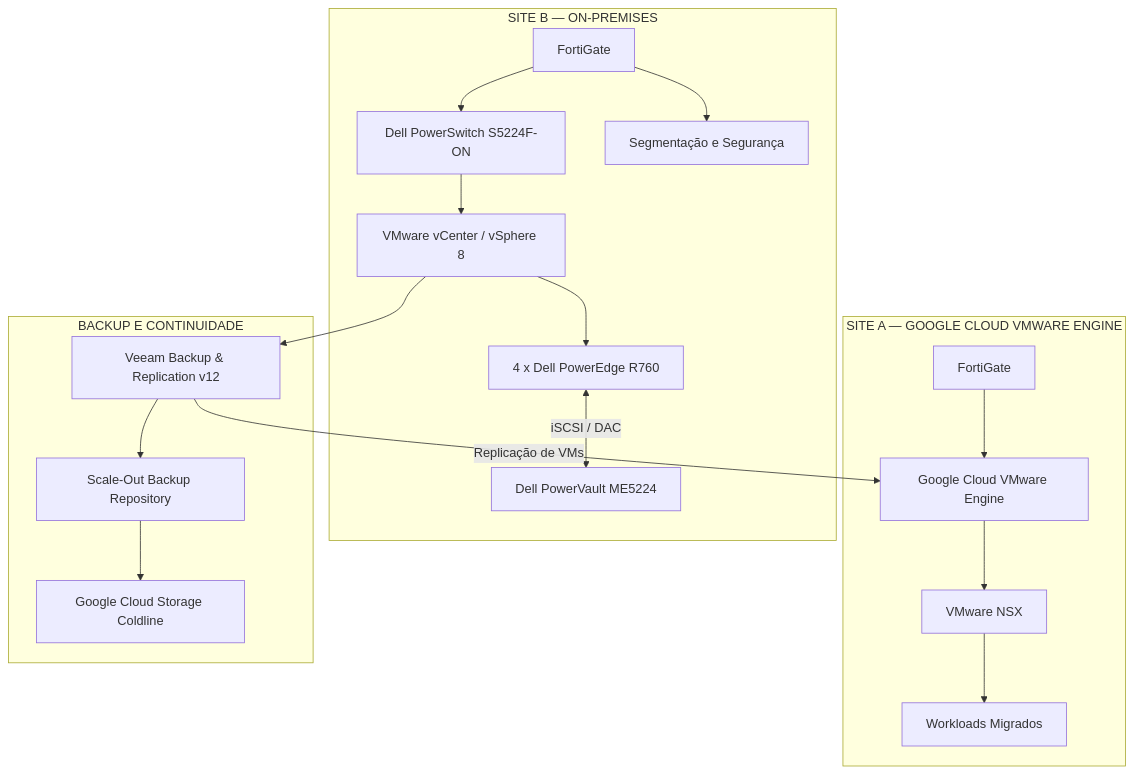
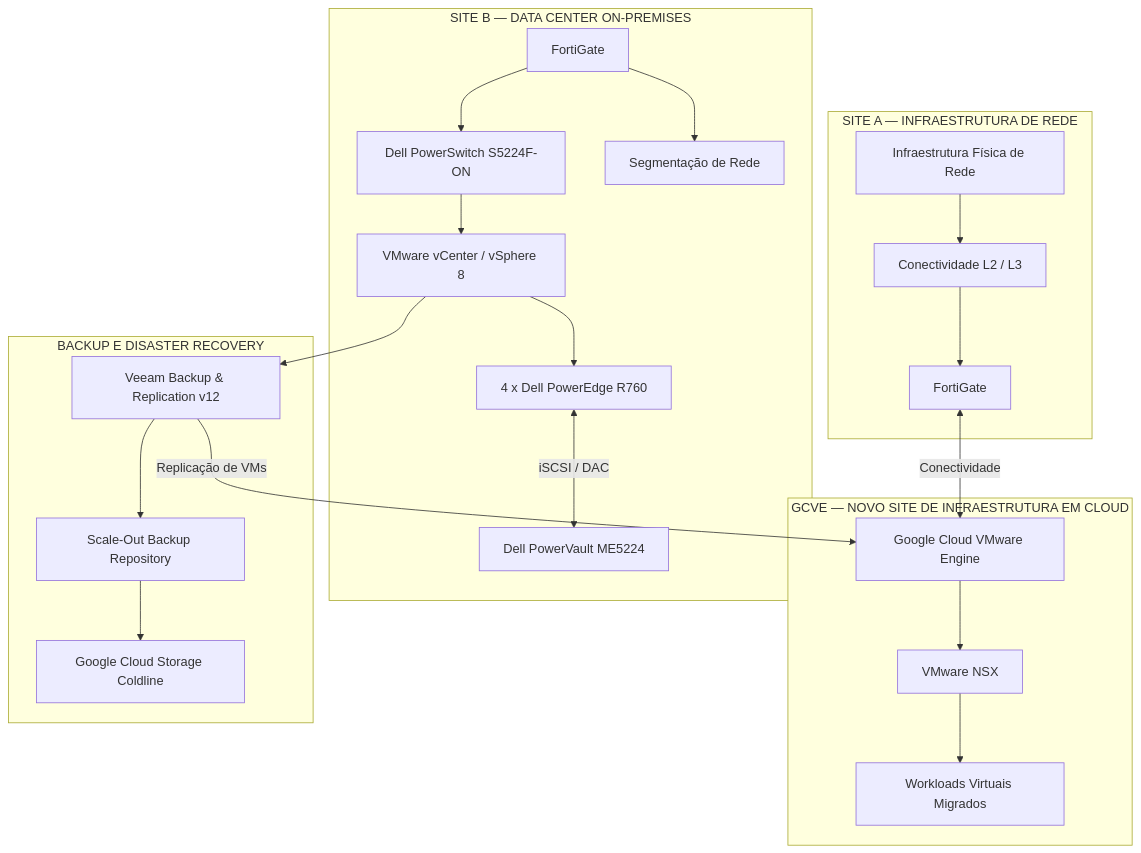
One commit to CarloshZeferino/datacenter-modernization-private-cloud-migration changed the diagram in README.pt-br.md. Above: the diagram before and after it, drawn with Mermaid. The commit also changed other lines of this file, not shown here.

````diff
--- a/README.pt-br.md
+++ b/README.pt-br.md
@@ -57,39 +79,48 @@
 ```mermaid
 flowchart TB
-    subgraph SITEA["SITE A — GOOGLE CLOUD VMWARE ENGINE"]
-        GCFW["FortiGate"]
-        GCVE["Google Cloud VMware Engine"]
-        NSX["VMware NSX"]
-        VMA["Workloads Migrados"]
 
-        GCFW --> GCVE
-        GCVE --> NSX
-        NSX --> VMA
+    subgraph SITEA["SITE A — INFRAESTRUTURA DE REDE"]
+        A_NET["Infraestrutura Física de Rede"]
+        A_L2L3["Conectividade L2 / L3"]
+        A_FW["FortiGate"]
+
+        A_NET --> A_L2L3
+        A_L2L3 --> A_FW
     end
 
-    subgraph SITEB["SITE B — ON-PREMISES"]
-        FW["FortiGate"]
-        SW["Dell PowerSwitch S5224F-ON"]
-        VC["VMware vCenter / vSphere 8"]
-        ESX["4 x Dell PowerEdge R760"]
-        ST["Dell PowerVault ME5224"]
-        SEG["Segmentação e Segurança"]
+    subgraph GCVE["GCVE — NOVO SITE DE INFRAESTRUTURA EM CLOUD"]
+        G_VMWARE["Google Cloud VMware Engine"]
+        G_NSX["VMware NSX"]
+        G_VMS["Workloads Virtuais Migrados"]
 
-        FW --> SW
-        SW --> VC
-        VC --> ESX
-        ESX <-->|iSCSI / DAC| ST
-        FW --> SEG
+        G_VMWARE --> G_NSX
+        G_NSX --> G_VMS
     end
 
-    subgraph BACKUP["BACKUP E CONTINUIDADE"]
+    subgraph SITEB["SITE B — DATA CENTER ON-PREMISES"]
+        B_FW["FortiGate"]
+        B_SW["Dell PowerSwitch S5224F-ON"]
+        B_VC["VMware vCenter / vSphere 8"]
+        B_ESX["4 x Dell PowerEdge R760"]
+        B_ST["Dell PowerVault ME5224"]
+        B_SEG["Segmentação de Rede"]
+
+        B_FW --> B_SW
+        B_SW --> B_VC
+        B_VC --> B_ESX
+        B_ESX <-->|iSCSI / DAC| B_ST
+        B_FW --> B_SEG
+    end
+
+    subgraph BACKUP["BACKUP E DISASTER RECOVERY"]
         VEEAM["Veeam Backup & Replication v12"]
         SOBR["Scale-Out Backup Repository"]
         GCS["Google Cloud Storage Coldline"]
     end
 
-    VC --> VEEAM
+    A_FW <-->|Conectividade| G_VMWARE
+    B_VC --> VEEAM
     VEEAM --> SOBR
     SOBR --> GCS
-    VEEAM -->|"Replicação de VMs"| GCVE
+    VEEAM -->|"Replicação de VMs"| G_VMWARE
 ```
````
